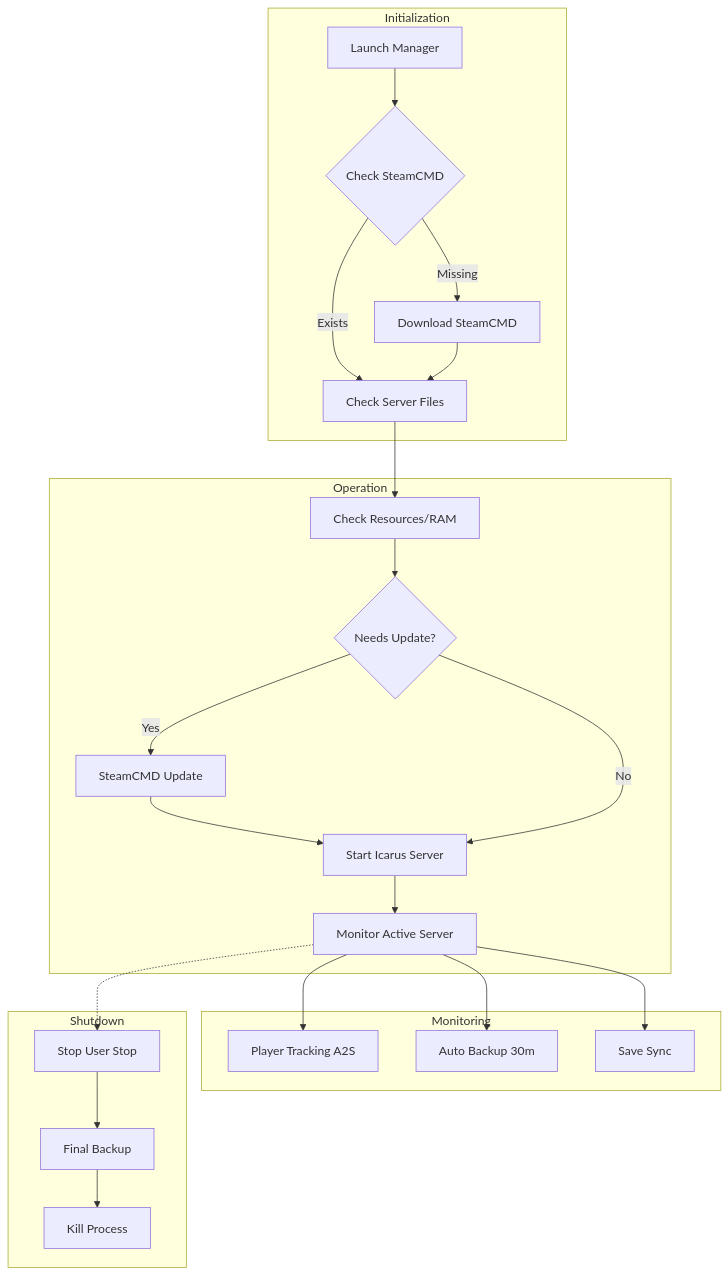
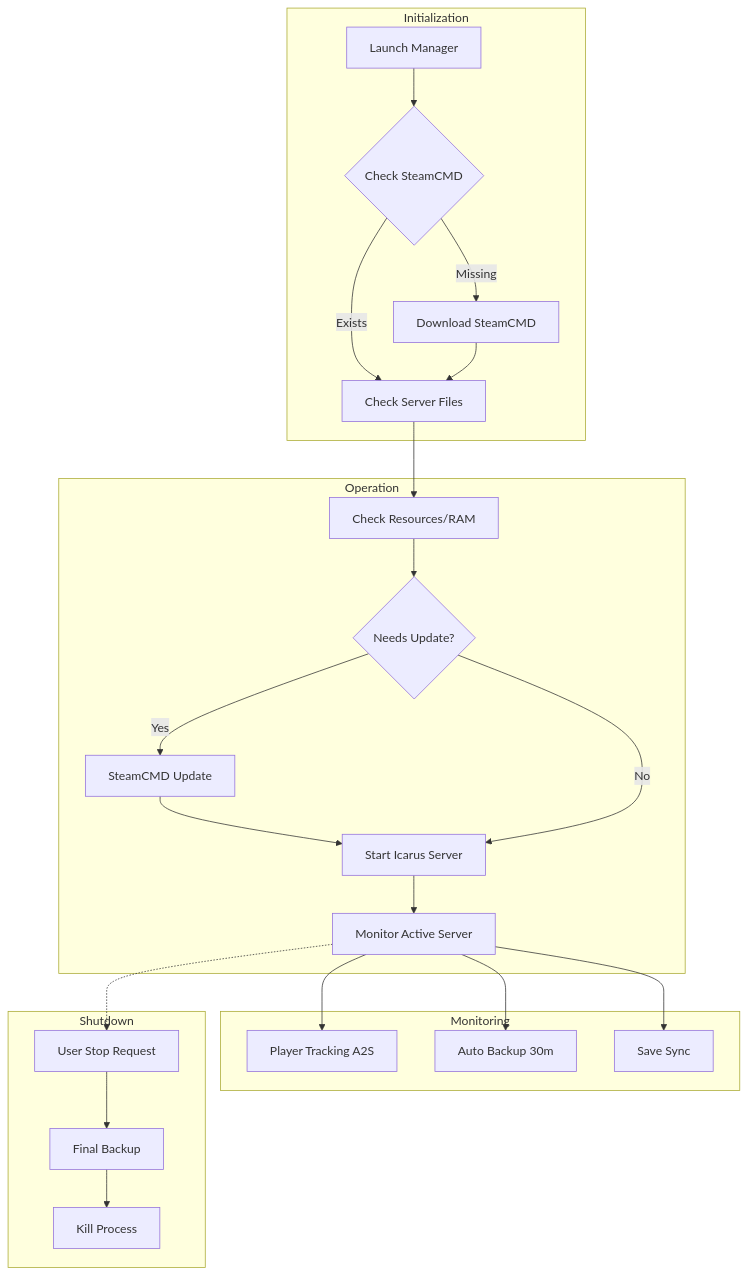
The diagram in README.md (mansyar/icarus-server-manager), drawn with Mermaid before and after one commit.

Commit message:
docs: fix broken mermaid diagram in README.md

````diff
--- a/README.md
+++ b/README.md
@@ -113,31 +113,33 @@
 ```mermaid
 flowchart TD
     subgraph Initialization
-    A[Launch Manager] --> B{Check SteamCMD}
-    B -- Missing --> C[Download SteamCMD]
-    B -- Exists --> D[Check Server Files]
-    C --> D
+        A[Launch Manager] --> B{Check SteamCMD}
+        B -- Missing --> C[Download SteamCMD]
+        B -- Exists --> D[Check Server Files]
+        C --> D
     end
 
     subgraph Operation
-    D --> E[Check Resources/RAM]
-    E --> F{Needs Update?}
-    F -- Yes --> G[SteamCMD Update]
-    G --> H[Start Icarus Server]
-    F -- No --> H
-    H --> I[Monitor Active Server]
+        D --> E[Check Resources/RAM]
+        E --> F{Needs Update?}
+        F -- Yes --> G[SteamCMD Update]
+        G --> H[Start Icarus Server]
+        F -- No --> H
+        H --> I[Monitor Active Server]
     end
 
     subgraph Monitoring
-    I --> J[Player Tracking A2S]
-    I --> K[Auto Backup 30m]
-    I --> L[Save Sync]
+        J[Player Tracking A2S]
+        K[Auto Backup 30m]
+        L[Save Sync]
     end
-
     subgraph Shutdown
-    M[Stop User Stop] --> N[Final Backup]
-    N --> O[Kill Process]
+        M[User Stop Request] --> N[Final Backup]
+        N --> O[Kill Process]
     end
     
+    I --> J
+    I --> K
+    I --> L
     I -.-> M
 ```
````
